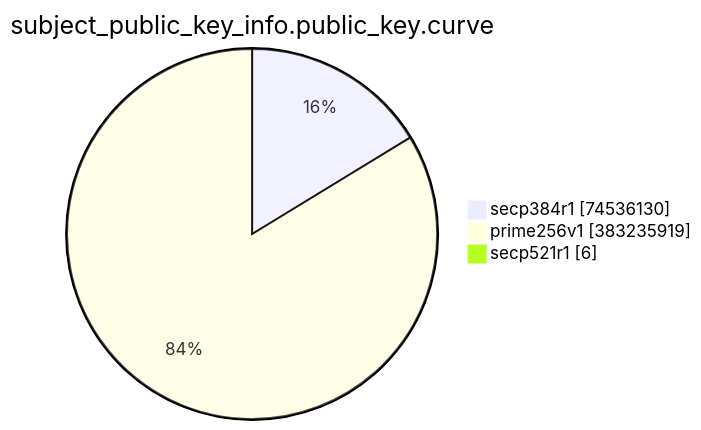
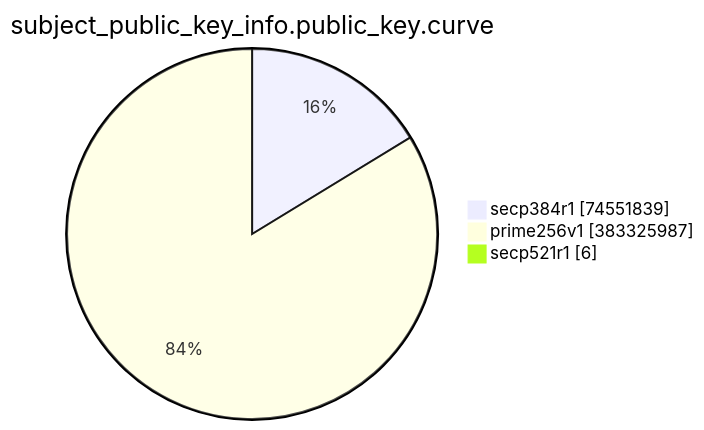
The eighth of 15 diagrams in TOTAL/README.md (christiankrug/ctmonitor_visualization), drawn with Mermaid before and after one commit. The commit also changed other lines of this file, not shown here.

````diff
--- a/TOTAL/README.md
+++ b/TOTAL/README.md
@@ -3094,7 +3094,7 @@
 ```mermaid
 pie showData
 title subject_public_key_info.public_key.curve
-"secp384r1" :74536130
-"prime256v1" :383235919
+"secp384r1" :74551839
+"prime256v1" :383325987
 "secp521r1" :6
 ```
````
